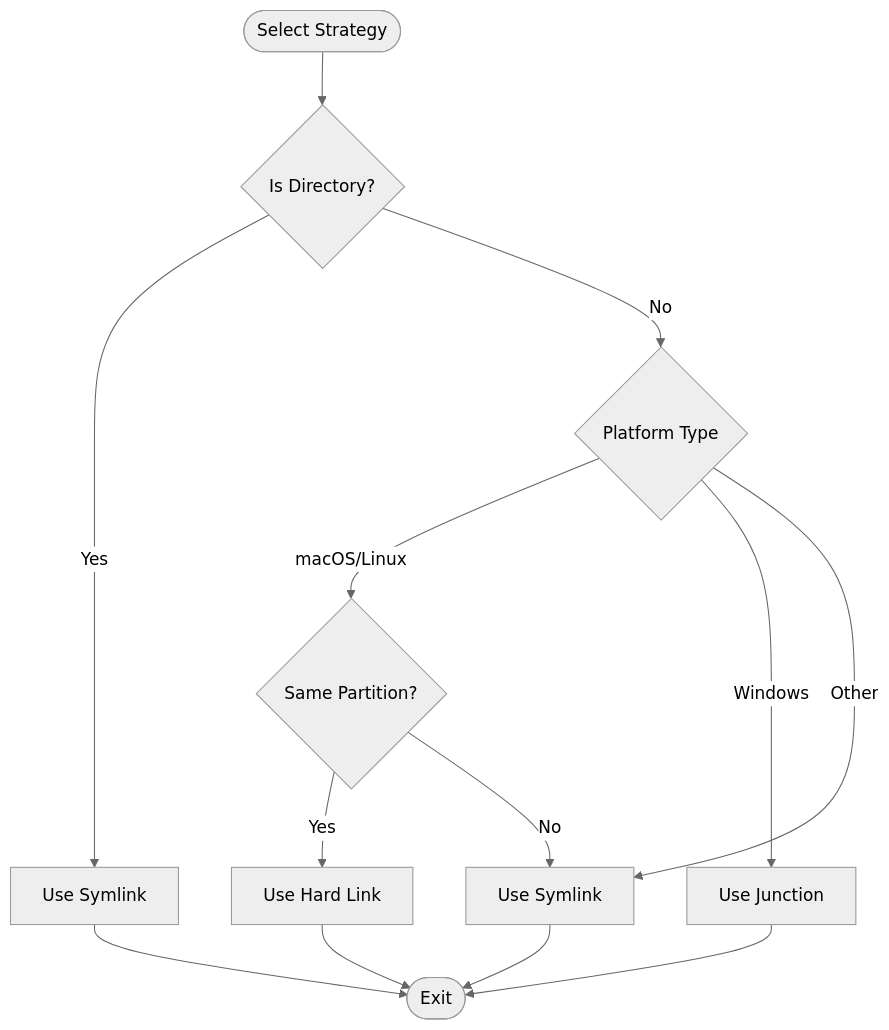
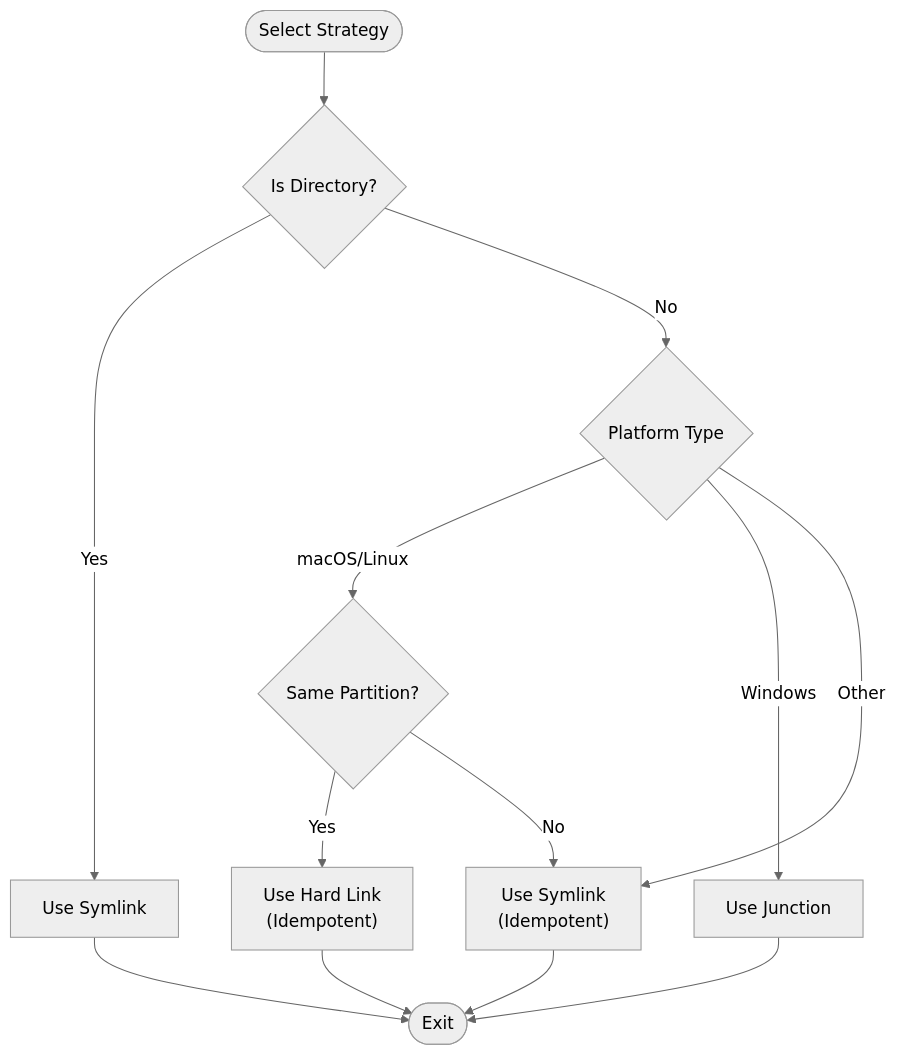
Before and after one commit to HWH-2019/vdw: the fourth of 6 diagrams in .qoder/repowiki/en/content/Core Features Documentation/Link Engine & Logical Workspace Construction.md, drawn with Mermaid (neutral theme). The commit also changed other lines of this file and 14 other files, not shown here.

````diff
--- a/.qoder/repowiki/en/content/Core Features Documentation/Link Engine & Logical Workspace Construction.md
+++ b/.qoder/repowiki/en/content/Core Features Documentation/Link Engine & Logical Workspace Construction.md
@@ -183,15 +188,15 @@
 ```mermaid
 flowchart TD
 Entry(["Select Strategy"]) --> DirCheck{"Is Directory?"}
 DirCheck --> |Yes| Symlink["Use Symlink"]
 DirCheck --> |No| Platform{"Platform Type"}
 Platform --> |macOS/Linux| Partition{"Same Partition?"}
-Partition --> |Yes| Hardlink["Use Hard Link"]
-Partition --> |No| Fallback["Use Symlink"]
+Partition --> |Yes| Hardlink["Use Hard Link<br/>(Idempotent)"]
+Partition --> |No| Fallback["Use Symlink<br/>(Idempotent)"]
 Platform --> |Windows| Junction["Use Junction"]
 Platform --> |Other| Fallback
 Hardlink --> Exit(["Exit"])
 Symlink --> Exit
 Junction --> Exit
 Fallback --> Exit
 ```
````
